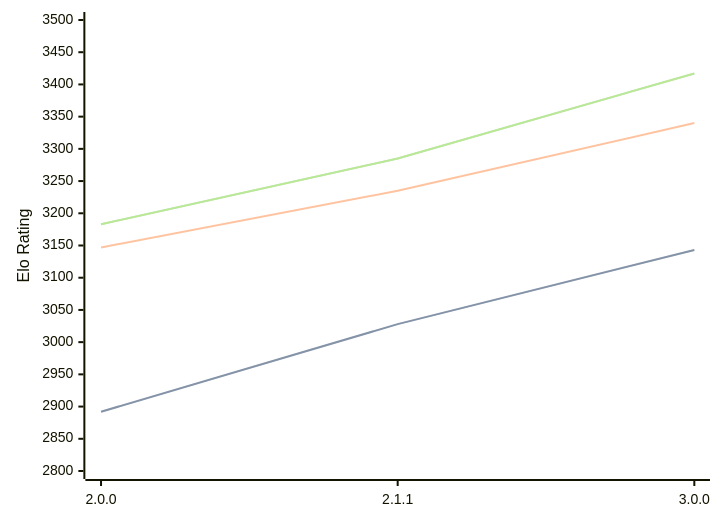
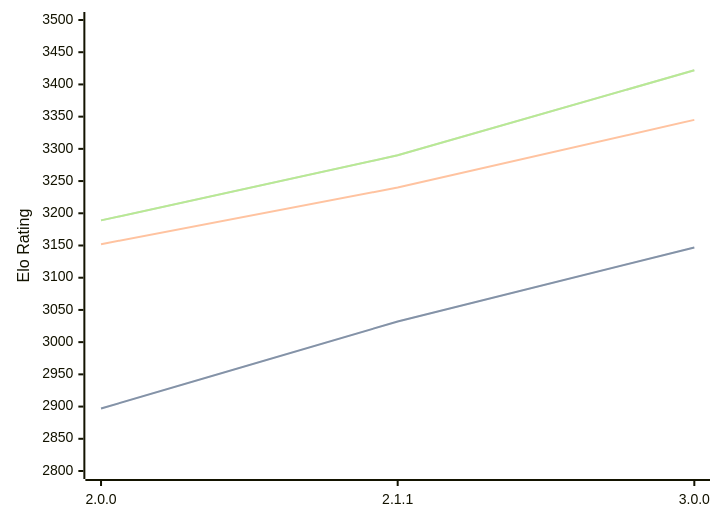
One commit to computer-chess-index/cci changed the diagram in engines/Bread.md. Above: the diagram before and after it, drawn with Mermaid. The commit also changed other lines of this file, not shown here.

Commit message:
Update CCI Ratings (ELO VLTC) - 2026-04-14

````diff
--- a/engines/Bread.md
+++ b/engines/Bread.md
@@ -51,11 +51,11 @@
 ```mermaid
 %%{init: {"theme":"base","themeVariables":{"seriesColors:['#a3a3a3','#222221','#faa371']}}}%%
 xychart-beta
   x-axis ["2.0.0", "2.1.1", "3.0.0"]
   y-axis "Elo Rating" 2800 --> 3500
-  line "STC (8.0+0.08s)" [2892, 3028, 3143]
-  line "STC (8.0+0.08s)" [2892, 3028, 3143]
-  line "LTC (60.0+0.60s)" [3147, 3235, 3340]
-  line "VLTC (2m24s+1.12s)" [3183, 3285, 3417]
-  line "VLTC (2m24s+1.12s)" [3183, 3285, 3417]
+  line "STC (8.0+0.08s)" [2897, 3032, 3147]
+  line "STC (8.0+0.08s)" [2897, 3032, 3147]
+  line "LTC (60.0+0.60s)" [3152, 3240, 3345]
+  line "VLTC (2m24s+1.12s)" [3189, 3290, 3422]
+  line "VLTC (2m24s+1.12s)" [3189, 3290, 3422]
 ```
````
